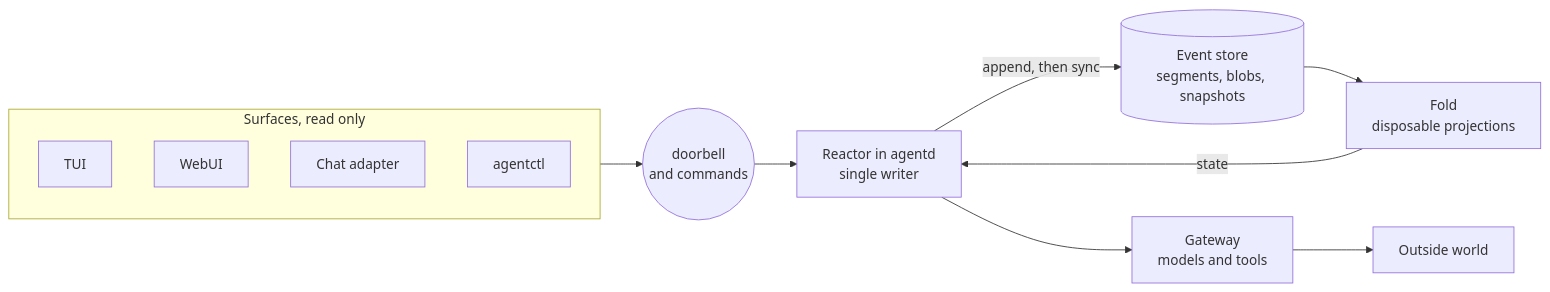
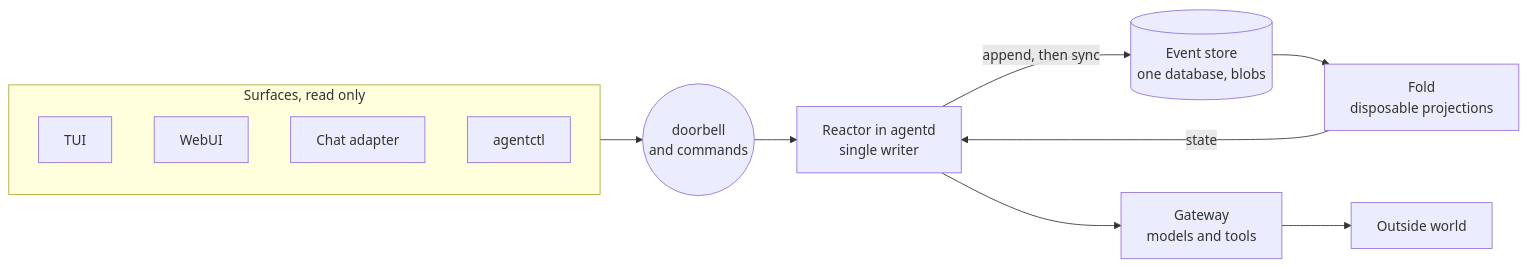
The diagram in docs/spec/architecture/overview.md (mokmok-dev/agent), drawn with Mermaid before and after one commit. The commit also changed other lines of this file and 16 other files, not shown here.

````diff
--- a/docs/spec/architecture/overview.md
+++ b/docs/spec/architecture/overview.md
@@ -14,24 +14,24 @@
 ```mermaid
 flowchart LR
   subgraph surfaces["Surfaces, read only"]
     TUI["TUI"]
     WebUI["WebUI"]
     Chat["Chat adapter"]
     CLI["agentctl"]
   end
 
   doorbell(("doorbell<br/>and commands"))
   reactor["Reactor in agentd<br/>single writer"]
-  store[("Event store<br/>segments, blobs, snapshots")]
+  store[("Event store<br/>one database, blobs")]
   fold["Fold<br/>disposable projections"]
   gateway["Gateway<br/>models and tools"]
   world["Outside world"]
 
   surfaces --> doorbell
   doorbell --> reactor
   reactor -->|"append, then sync"| store
   reactor --> gateway
   gateway --> world
   store --> fold
   fold -->|"state"| reactor
 ```
````
